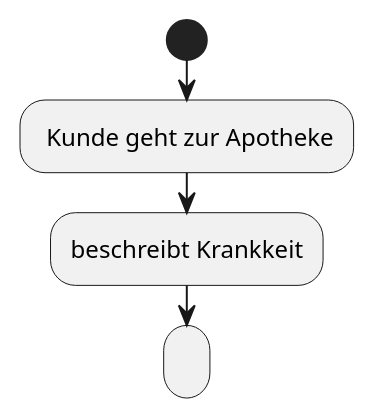
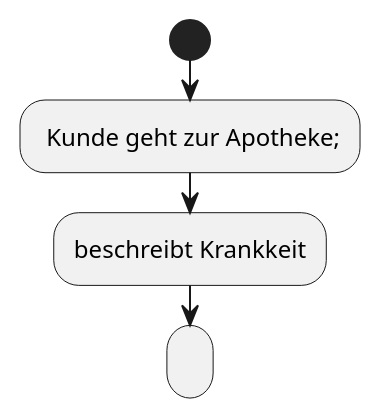
One commit to Martin1088/Java-With-Screenreader changed the diagram in PlantUml/Einführung/src/ApothekeNatur.puml. Above: the diagram before and after it, drawn with PlantUML. The commit also changed 1 other file, not shown here.

```diff
--- a/PlantUml/Einführung/src/ApothekeNatur.puml
+++ b/PlantUml/Einführung/src/ApothekeNatur.puml
@@ -1,8 +1,8 @@
 @startuml
 start
- : Kunde geht zur Apotheke;
+ - Kunde geht zur Apotheke;
  :beschreibt Krankkeit;
  :;
 
 
 @enduml
```
